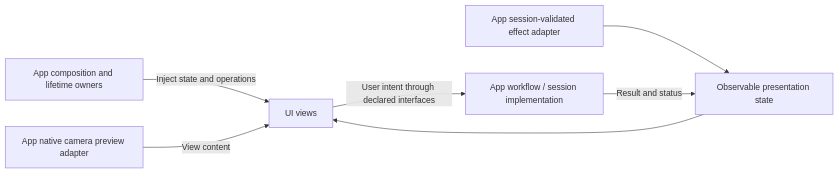
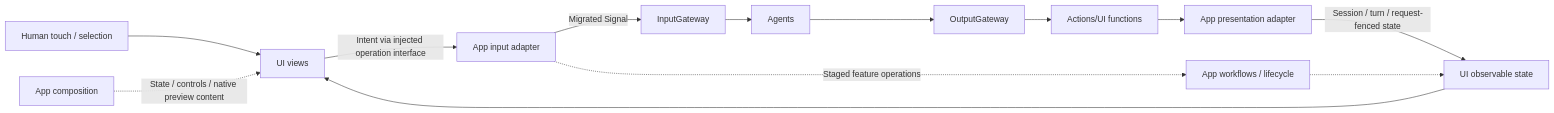
Before and after one commit to devilyouwei/MobileHarness: the first of 2 diagrams in MobileHarness/UI/README.md, drawn with Mermaid. The commit also changed other lines of this file and 238 other files, not shown here.

First line of the commit message:
Separate callable Actions from Gateway execution and call protocols

````diff
--- a/MobileHarness/UI/README.md
+++ b/MobileHarness/UI/README.md
@@ -22,9 +11,15 @@
 ```mermaid
 flowchart LR
-    App[App composition and lifetime owners] -->|Inject state and operations| View[UI views]
-    Effects[App session-validated effect adapter] --> State[Observable presentation state]
-    State --> View
-    View -->|User intent through declared interfaces| Operations[App workflow / session implementation]
-    Operations -->|Result and status| State
-    Preview[App native camera preview adapter] -->|View content| View
+    Human[Human touch / selection] --> Views[UI views]
+    Views -->|Intent via injected operation interface| Host[App input adapter]
+    Host -->|Migrated Signal| Input[InputGateway]
+    Input --> Agents
+    Agents --> Output[OutputGateway]
+    Output --> Functions[Actions/UI functions]
+    Functions --> Endpoint[App presentation adapter]
+    Endpoint -->|Session / turn / request-fenced state| State[UI observable state]
+    State --> Views
+    Host -.->|Staged feature operations| Workflows[App workflows / lifecycle]
+    Workflows -.-> State
+    App[App composition] -.->|State / controls / native preview content| Views
 ```
````
